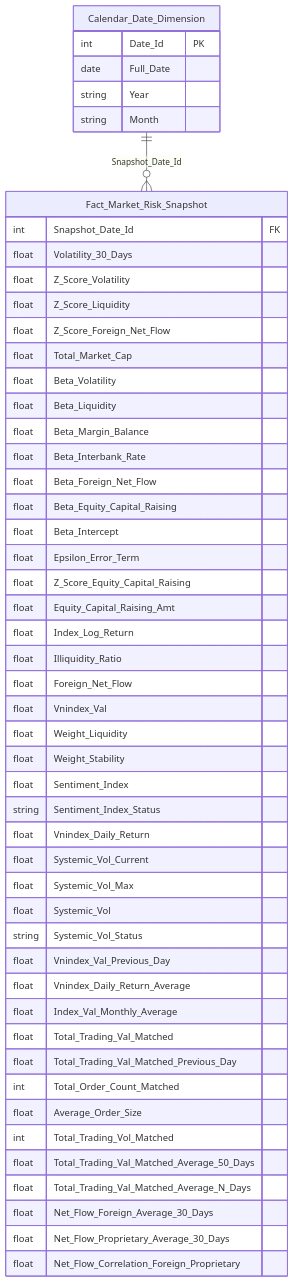
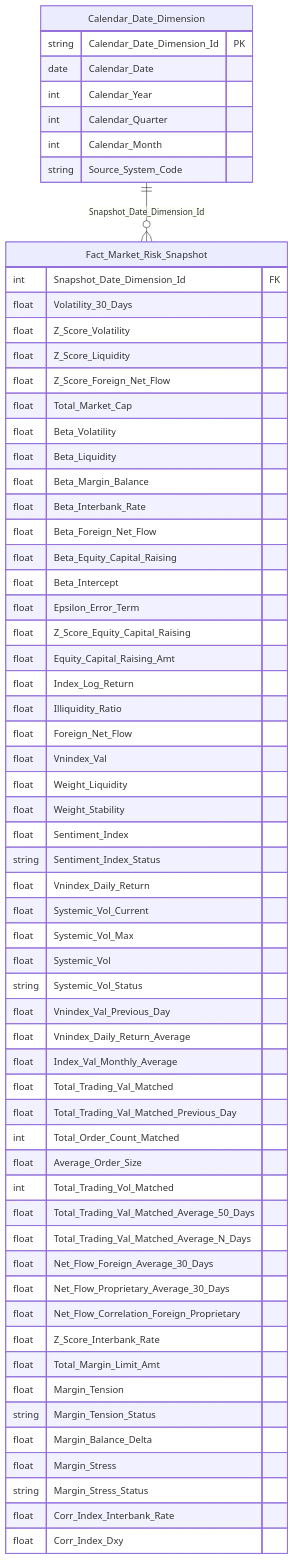
Before and after one commit to linhlvit/ubck_atomic_design: diagram 11 of 58 in Datamart/hld/DTM_PTTT_HLD.md, drawn with Mermaid. The commit also changed other lines of this file and 9 other files, not shown here.

````diff
--- a/Datamart/hld/DTM_PTTT_HLD.md
+++ b/Datamart/hld/DTM_PTTT_HLD.md
@@ -452,54 +450,65 @@
 ```mermaid
 erDiagram
     Fact_Market_Risk_Snapshot {
-        int Snapshot_Date_Id FK
+        int Snapshot_Date_Dimension_Id FK
         float Volatility_30_Days
         float Z_Score_Volatility
         float Z_Score_Liquidity
         float Z_Score_Foreign_Net_Flow
         float Total_Market_Cap
         float Beta_Volatility
         float Beta_Liquidity
         float Beta_Margin_Balance
         float Beta_Interbank_Rate
         float Beta_Foreign_Net_Flow
         float Beta_Equity_Capital_Raising
         float Beta_Intercept
         float Epsilon_Error_Term
         float Z_Score_Equity_Capital_Raising
         float Equity_Capital_Raising_Amt
         float Index_Log_Return
         float Illiquidity_Ratio
         float Foreign_Net_Flow
         float Vnindex_Val
         float Weight_Liquidity
         float Weight_Stability
         float Sentiment_Index
         string Sentiment_Index_Status
         float Vnindex_Daily_Return
         float Systemic_Vol_Current
         float Systemic_Vol_Max
         float Systemic_Vol
         string Systemic_Vol_Status
         float Vnindex_Val_Previous_Day
         float Vnindex_Daily_Return_Average
         float Index_Val_Monthly_Average
         float Total_Trading_Val_Matched
         float Total_Trading_Val_Matched_Previous_Day
         int Total_Order_Count_Matched
         float Average_Order_Size
         int Total_Trading_Vol_Matched
         float Total_Trading_Val_Matched_Average_50_Days
         float Total_Trading_Val_Matched_Average_N_Days
         float Net_Flow_Foreign_Average_30_Days
         float Net_Flow_Proprietary_Average_30_Days
         float Net_Flow_Correlation_Foreign_Proprietary
+        float Z_Score_Interbank_Rate
+        float Total_Margin_Limit_Amt
+        float Margin_Tension
+        string Margin_Tension_Status
+        float Margin_Balance_Delta
+        float Margin_Stress
+        string Margin_Stress_Status
+        float Corr_Index_Interbank_Rate
+        float Corr_Index_Dxy
     }
     Calendar_Date_Dimension {
-        int Date_Id PK
-        date Full_Date
-        string Year
-        string Month
+        string Calendar_Date_Dimension_Id PK
+        date Calendar_Date
+        int Calendar_Year
+        int Calendar_Quarter
+        int Calendar_Month
+        string Source_System_Code
     }
-    Calendar_Date_Dimension ||--o{ Fact_Market_Risk_Snapshot : "Snapshot_Date_Id"
+    Calendar_Date_Dimension ||--o{ Fact_Market_Risk_Snapshot : "Snapshot_Date_Dimension_Id"
 ```
````
